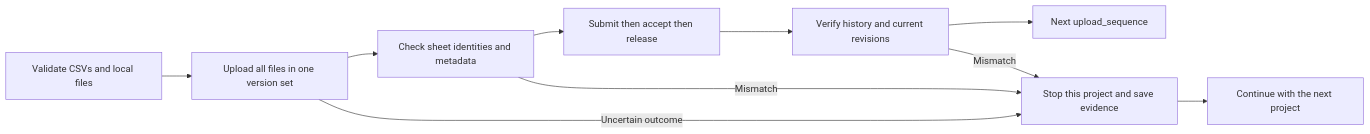
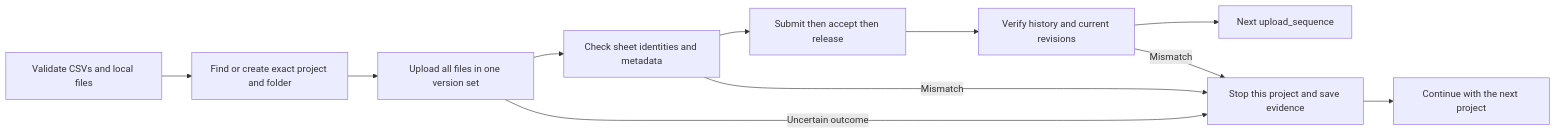
Before and after one commit to jaintj95/kahua-migration: the diagram in README.md, drawn with Mermaid. The commit also changed other lines of this file and 20 other files, not shown here.

Commit message:
Add CSV-driven project and folder migration queue

````diff
--- a/README.md
+++ b/README.md
@@ -27,12 +47,13 @@
 ```mermaid
 flowchart LR
-    A[Validate CSVs and local files] --> B[Upload all files in one version set]
+    A[Validate CSVs and local files] --> P[Find or create exact project and folder]
+    P --> B[Upload all files in one version set]
     B --> C[Check sheet identities and metadata]
     C --> D[Submit then accept then release]
     D --> E[Verify history and current revisions]
     E --> F[Next upload_sequence]
     B -->|Uncertain outcome| G[Stop this project and save evidence]
     C -->|Mismatch| G
     E -->|Mismatch| G
     G --> H[Continue with the next project]
 ```
````
